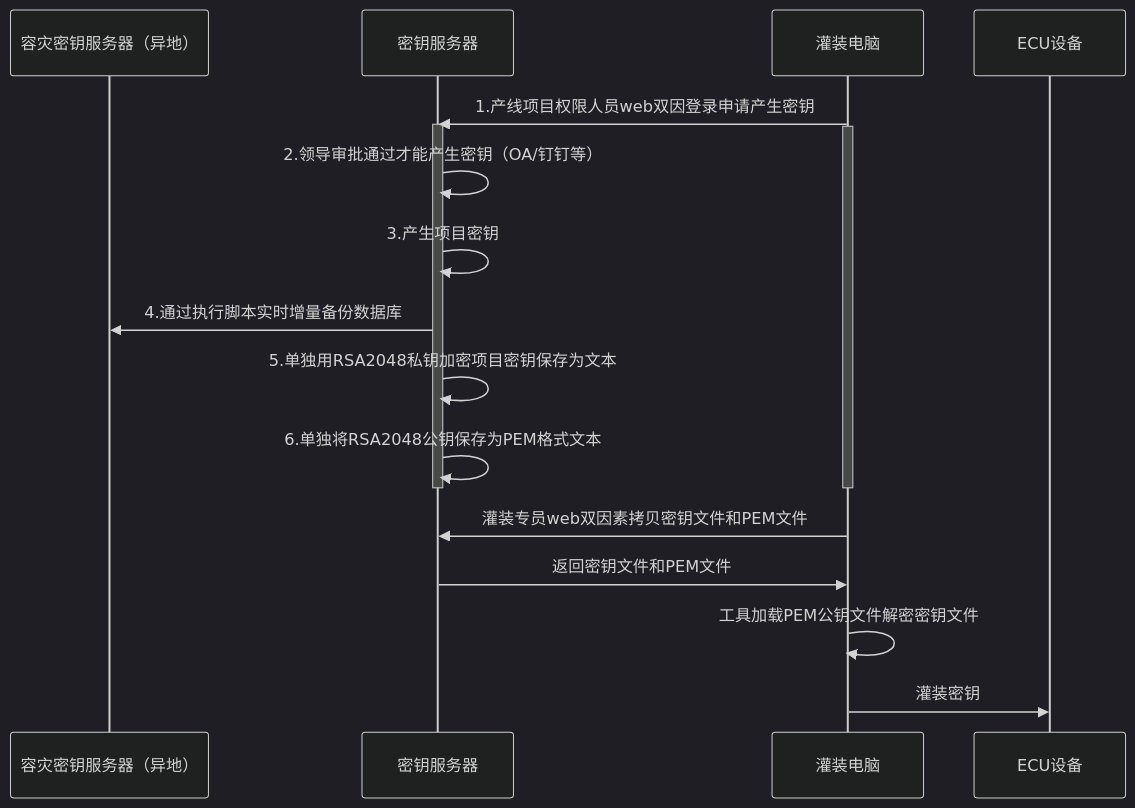
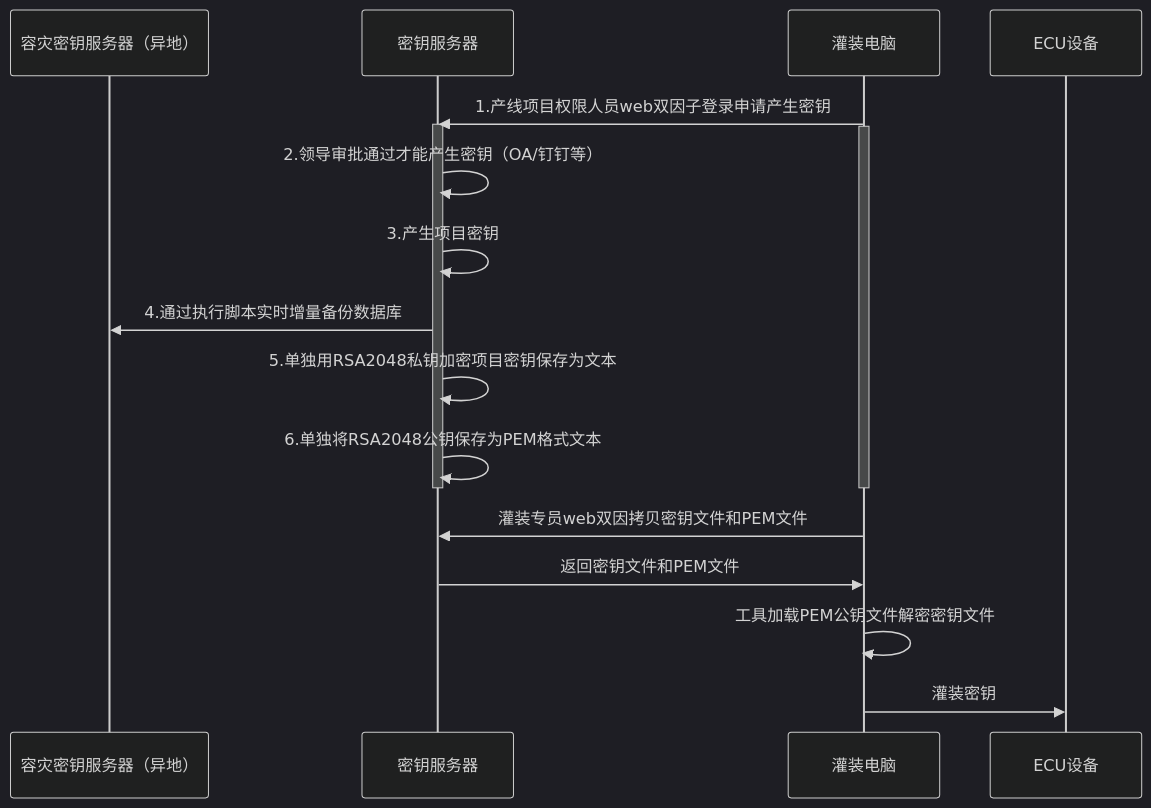
One commit to facebook-cloud/iodraw-files changed the diagram in all/未命名-15.md. Above: the diagram before and after it, drawn with Mermaid (dark theme).

Commit message:
2026-02-11 19:49:25 update

````diff
--- a/all/未命名-15.md
+++ b/all/未命名-15.md
@@ -1,25 +1,25 @@
 ```mermaid
 sequenceDiagram
     participant A as 容灾密钥服务器（异地）
     participant B as 密钥服务器
     participant D as 灌装电脑
     participant E as ECU设备
 
     
-    D->>B: 1.产线项目权限人员web双因登录申请产生密钥
+    D->>B: 1.产线项目权限人员web双因子登录申请产生密钥
     activate B
     activate D
     B->>B: 2.领导审批通过才能产生密钥（OA/钉钉等）
     B->>B: 3.产生项目密钥
     B->>A: 4.通过执行脚本实时增量备份数据库
     B->>B: 5.单独用RSA2048私钥加密项目密钥保存为文本
     B->>B: 6.单独将RSA2048公钥保存为PEM格式文本
     deactivate B
     deactivate D
 
     
-    D->>B: 灌装专员web双因素拷贝密钥文件和PEM文件
+    D->>B: 灌装专员web双因拷贝密钥文件和PEM文件
     B->>D: 返回密钥文件和PEM文件
     D->>D:工具加载PEM公钥文件解密密钥文件
     D->>E: 灌装密钥
 ```
````
